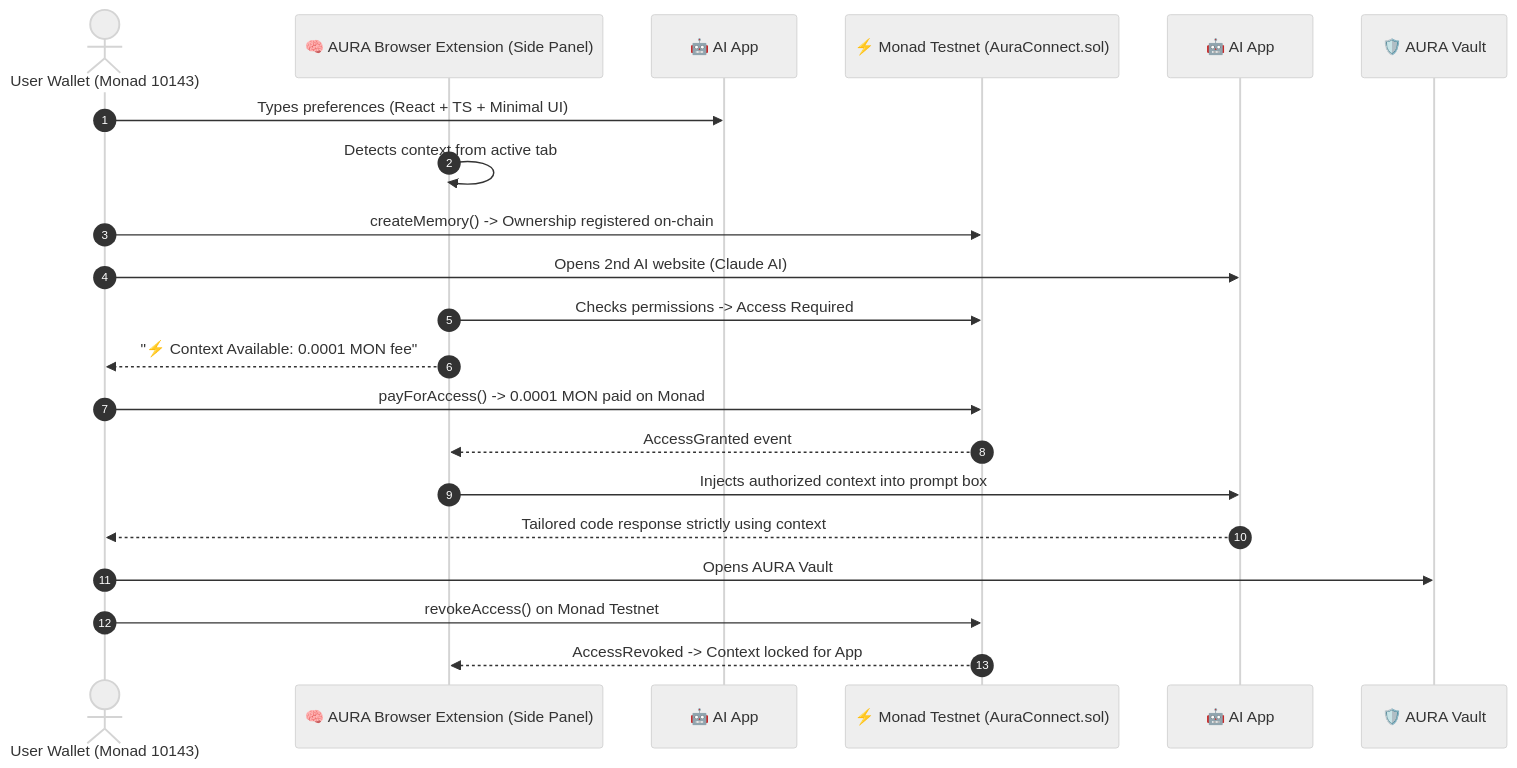
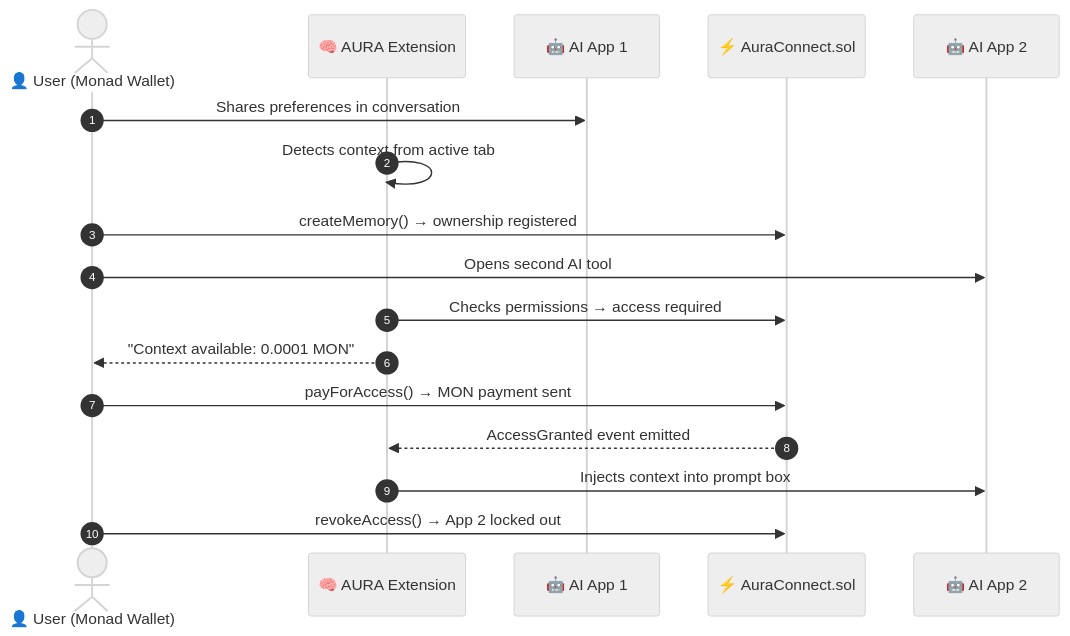
One commit to kumarswamynaidu09/Aura-Connect changed the diagram in README.md. Above: the diagram before and after it, drawn with Mermaid (neutral theme). The commit also changed other lines of this file, not shown here.

````diff
--- a/README.md
+++ b/README.md
@@ -85,26 +53,20 @@
 ```mermaid
 sequenceDiagram
     autonumber
-    actor User as User Wallet (Monad 10143)
-    participant Ext as 🧠 AURA Browser Extension (Side Panel)
-    participant App1 as 🤖 AI App #1 (e.g. ChatGPT / Life AI)
-    participant Monad as ⚡ Monad Testnet (AuraConnect.sol)
-    participant App2 as 🤖 AI App #2 (e.g. Claude AI / Code AI)
-    participant Vault as 🛡️ AURA Vault
+    actor User as 👤 User (Monad Wallet)
+    participant Ext as 🧠 AURA Extension
+    participant App1 as 🤖 AI App 1
+    participant Monad as ⚡ AuraConnect.sol
+    participant App2 as 🤖 AI App 2
 
-    User->>App1: Types preferences (React + TS + Minimal UI)
+    User->>App1: Shares preferences in conversation
     Ext->>Ext: Detects context from active tab
-    User->>Monad: createMemory() -> Ownership registered on-chain
-    
-    User->>App2: Opens 2nd AI website (Claude AI)
-    Ext->>Monad: Checks permissions -> Access Required
-    Ext-->>User: "⚡ Context Available: 0.0001 MON fee"
-    User->>Monad: payForAccess() -> 0.0001 MON paid on Monad
-    Monad-->>Ext: AccessGranted event
-    Ext->>App2: Injects authorized context into prompt box
-    App2-->>User: Tailored code response strictly using context
-    
-    User->>Vault: Opens AURA Vault
-    User->>Monad: revokeAccess() on Monad Testnet
-    Monad-->>Ext: AccessRevoked -> Context locked for App #2
+    User->>Monad: createMemory() → ownership registered
+    User->>App2: Opens second AI tool
+    Ext->>Monad: Checks permissions → access required
+    Ext-->>User: "Context available: 0.0001 MON"
+    User->>Monad: payForAccess() → MON payment sent
+    Monad-->>Ext: AccessGranted event emitted
+    Ext->>App2: Injects context into prompt box
+    User->>Monad: revokeAccess() → App 2 locked out
 ```
````
